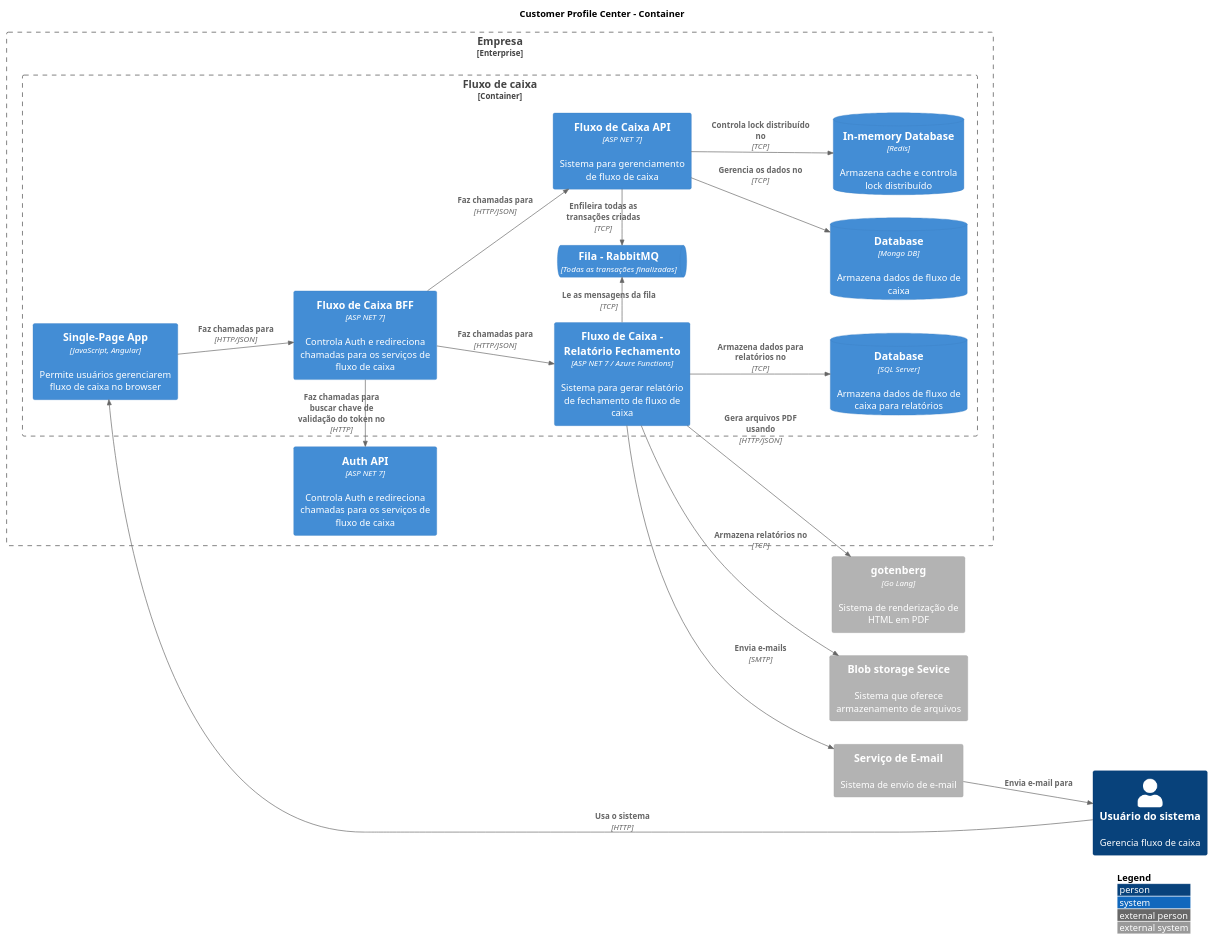
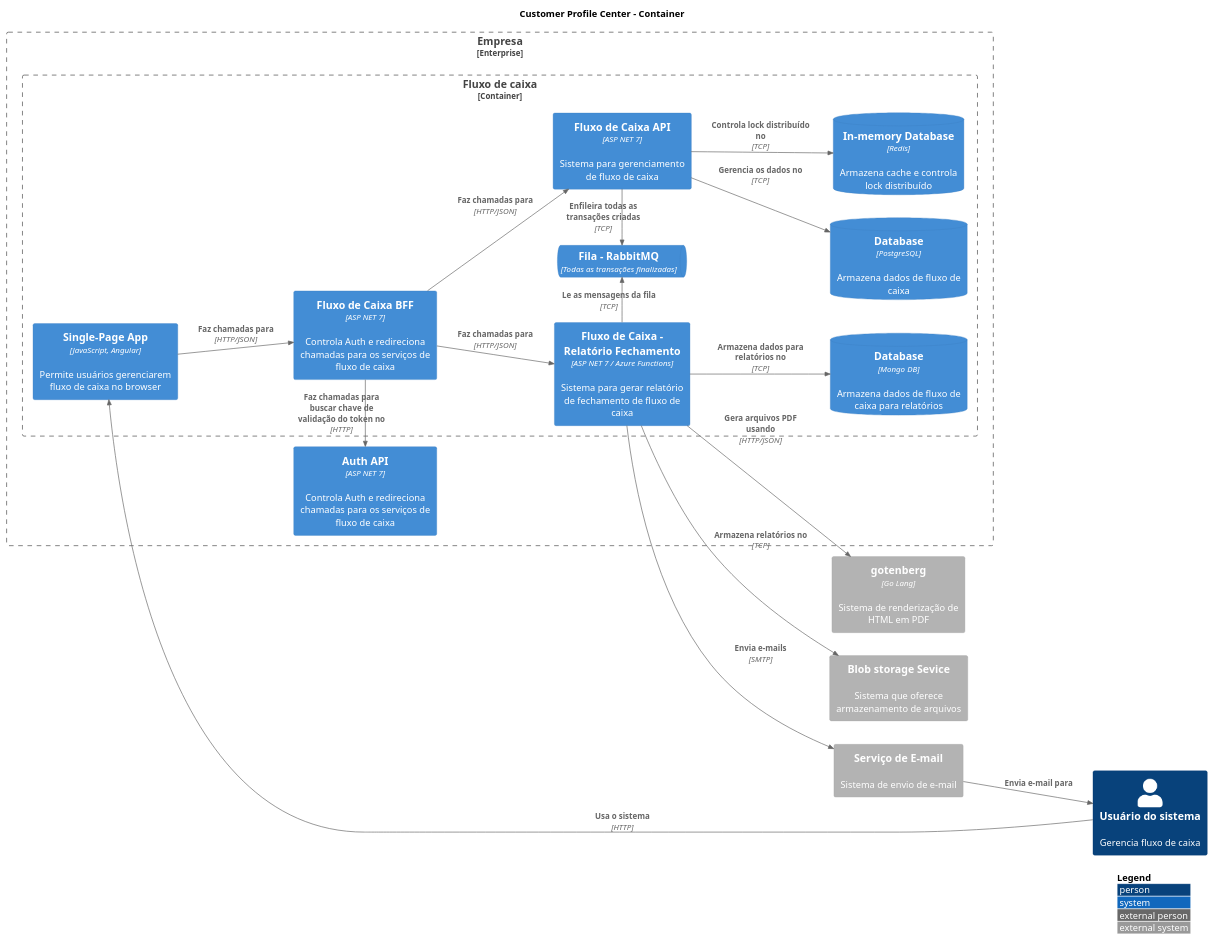
The diagram in Doc/Container.puml (CristianoRC/Fluxo-De-Caixa), drawn with PlantUML before and after one commit.

Commit message:
Altera nome dos bancos - Container

```diff
--- a/Doc/Container.puml
+++ b/Doc/Container.puml
@@ -1,57 +1,57 @@
 @startuml container
 
 !include https://raw.githubusercontent.com/plantuml-stdlib/C4-PlantUML/master/C4_Container.puml
 !include https://raw.githubusercontent.com/plantuml-stdlib/C4-PlantUML/master/C4_Context.puml
 
 LAYOUT_LANDSCAPE()
 LAYOUT_WITH_LEGEND()
 
 TITLE Customer Profile Center - Container
 
 Enterprise_Boundary(boundaryEmpersa, "Empresa") {
   
     Container_Boundary(boundaryFluxoDeCaixa, "Fluxo de caixa") {
         Container(fluxoDeCaixaApi, "Fluxo de Caixa API", "ASP NET 7", "Sistema para gerenciamento de fluxo de caixa")
         Container(fluxoDeCaixaApp, "Single-Page App", "JavaScript, Angular", "Permite usuários gerenciarem fluxo de caixa no browser")
         Container(fluxoDeCaixaReportApi, "Fluxo de Caixa - Relatório Fechamento", "ASP NET 7 / Azure Functions", "Sistema para gerar relatório de fechamento de fluxo de caixa")
         Container(fluxoDeCaixaBff, "Fluxo de Caixa BFF", "ASP NET 7", "Controla Auth e redireciona chamadas para os serviços de fluxo de caixa")
 
         ContainerDb(redis, "In-memory Database", "Redis", "Armazena cache e controla lock distribuído")
-        ContainerDb(mongodb, "Database", "Mongo DB", "Armazena dados de fluxo de caixa")
-        ContainerDb(sqlServer, "Database", "SQL Server", "Armazena dados de fluxo de caixa para relatórios")
+        ContainerDb(mongodb, "Database", "Mongo DB", "Armazena dados de fluxo de caixa para relatórios")
+        ContainerDb(postgres, "Database", "PostgreSQL", "Armazena dados de fluxo de caixa")
         ContainerQueue(transactionQueue, "Fila - RabbitMQ", "Todas as transações finalizadas")
     }
     
     Container(authApi, "Auth API", "ASP NET 7", "Controla Auth e redireciona chamadas para os serviços de fluxo de caixa")
 }
 
 Container_Ext(gotenberg, "gotenberg", "Go Lang", "Sistema de renderização de HTML em PDF")
 Container_Ext(blobStorage, "Blob storage Sevice", "", "Sistema que oferece armazenamento de arquivos")
 Container_Ext(mailSystem, "Serviço de E-mail", "", "Sistema de envio de e-mail")
 Person(pessoa, "Usuário do sistema", "Gerencia fluxo de caixa")
 
 'API
-Rel(fluxoDeCaixaApi, mongodb, "Gerencia os dados no", "TCP")
+Rel(fluxoDeCaixaApi, postgres, "Gerencia os dados no", "TCP")
 Rel_U(fluxoDeCaixaApi, transactionQueue, "Enfileira todas as transações criadas", "TCP")
 Rel(fluxoDeCaixaApi, redis, "Controla lock distribuído no", "TCP")
 
 'Report API
 Rel(fluxoDeCaixaReportApi, mailSystem, "Envia e-mails", "SMTP")
 Rel_D(fluxoDeCaixaReportApi, transactionQueue, "Le as mensagens da fila", "TCP")
-Rel(fluxoDeCaixaReportApi, sqlServer, "Armazena dados para relatórios no", "TCP")
+Rel(fluxoDeCaixaReportApi, mongodb, "Armazena dados para relatórios no", "TCP")
 Rel(fluxoDeCaixaReportApi, blobStorage, "Armazena relatórios no", "TCP")
 Rel(fluxoDeCaixaReportApi, gotenberg, "Gera arquivos PDF usando", "HTTP/JSON")
 
 'App
 Rel(fluxoDeCaixaApp, fluxoDeCaixaBff, "Faz chamadas para", "HTTP/JSON")
 
 'BFF
 Rel(fluxoDeCaixaBff, fluxoDeCaixaApi, "Faz chamadas para", "HTTP/JSON")
 Rel(fluxoDeCaixaBff, fluxoDeCaixaReportApi, "Faz chamadas para", "HTTP/JSON")
 Rel_D(fluxoDeCaixaBff, authApi, "Faz chamadas para buscar chave de validação do token no", "HTTP")
 
 'Pessoa
 Rel(pessoa, fluxoDeCaixaApp, "Usa o sistema", "HTTP")
 Rel(mailSystem, pessoa, "Envia e-mail para")
 
 @enduml
```
